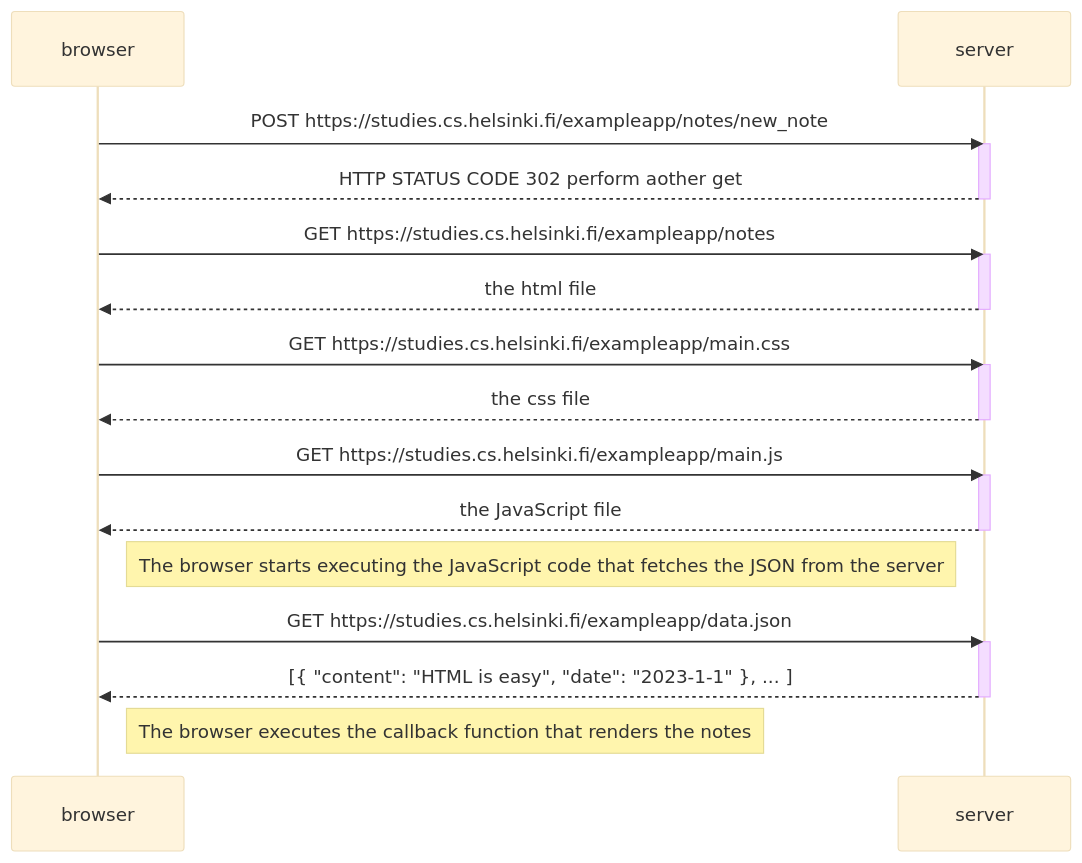
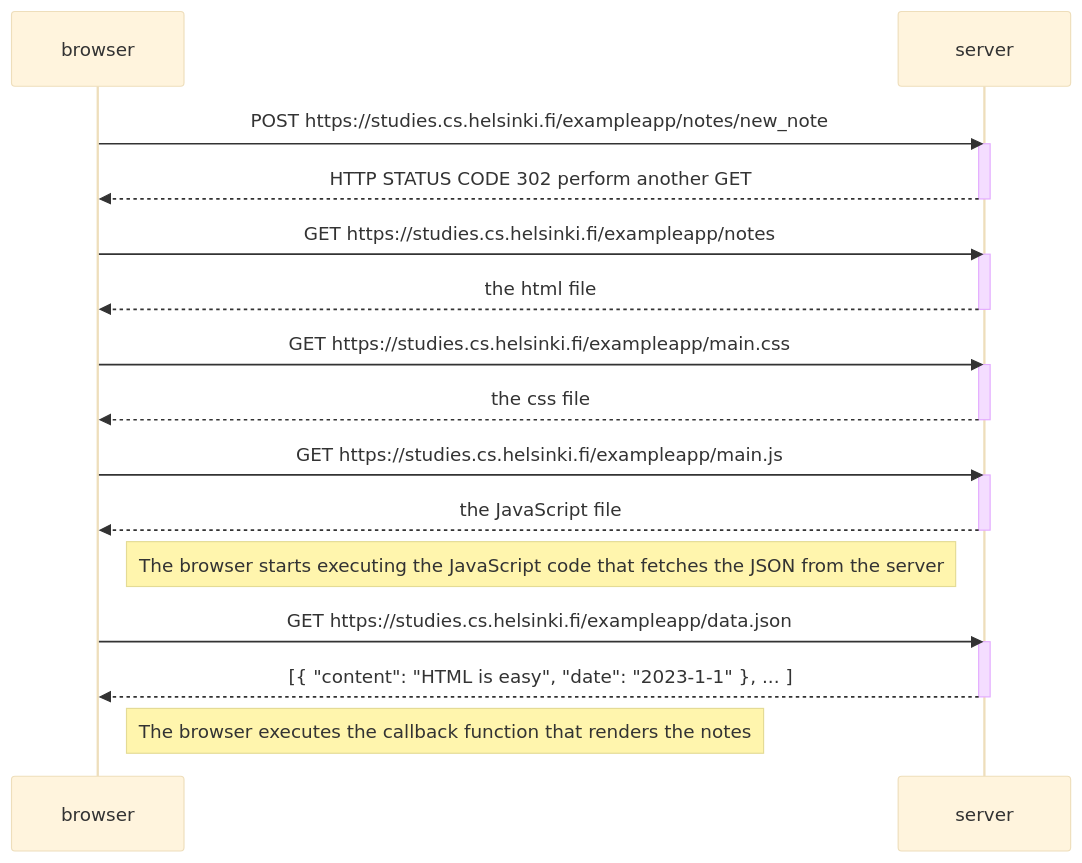
The diagram in part0/0.4_newNoteDiagram.md (Spidey6162099/FullStackOpen), drawn with Mermaid (base theme) before and after one commit.

Commit message:
fixed some grammatical errors

````diff
--- a/part0/0.4_newNoteDiagram.md
+++ b/part0/0.4_newNoteDiagram.md
@@ -1,35 +1,35 @@
 ``` mermaid
 sequenceDiagram
     participant browser
     participant server
 
     browser->>server: POST https://studies.cs.helsinki.fi/exampleapp/notes/new_note
     activate server
-    server-->>browser: HTTP STATUS CODE 302 perform aother get
+    server-->>browser: HTTP STATUS CODE 302 perform another GET  
     deactivate server
     
     browser->>server: GET https://studies.cs.helsinki.fi/exampleapp/notes
     activate server
     server-->>browser: the html file
     deactivate server
 
     browser->>server: GET https://studies.cs.helsinki.fi/exampleapp/main.css
     activate server
     server-->>browser: the css file
     deactivate server
 
     browser->>server: GET https://studies.cs.helsinki.fi/exampleapp/main.js
     activate server
     server-->>browser: the JavaScript file
     deactivate server
 
     Note right of browser: The browser starts executing the JavaScript code that fetches the JSON from the server
 
     browser->>server: GET https://studies.cs.helsinki.fi/exampleapp/data.json
     activate server
     server-->>browser: [{ "content": "HTML is easy", "date": "2023-1-1" }, ... ]
     deactivate server
 
     Note right of browser: The browser executes the callback function that renders the notes
 
 ```
````
